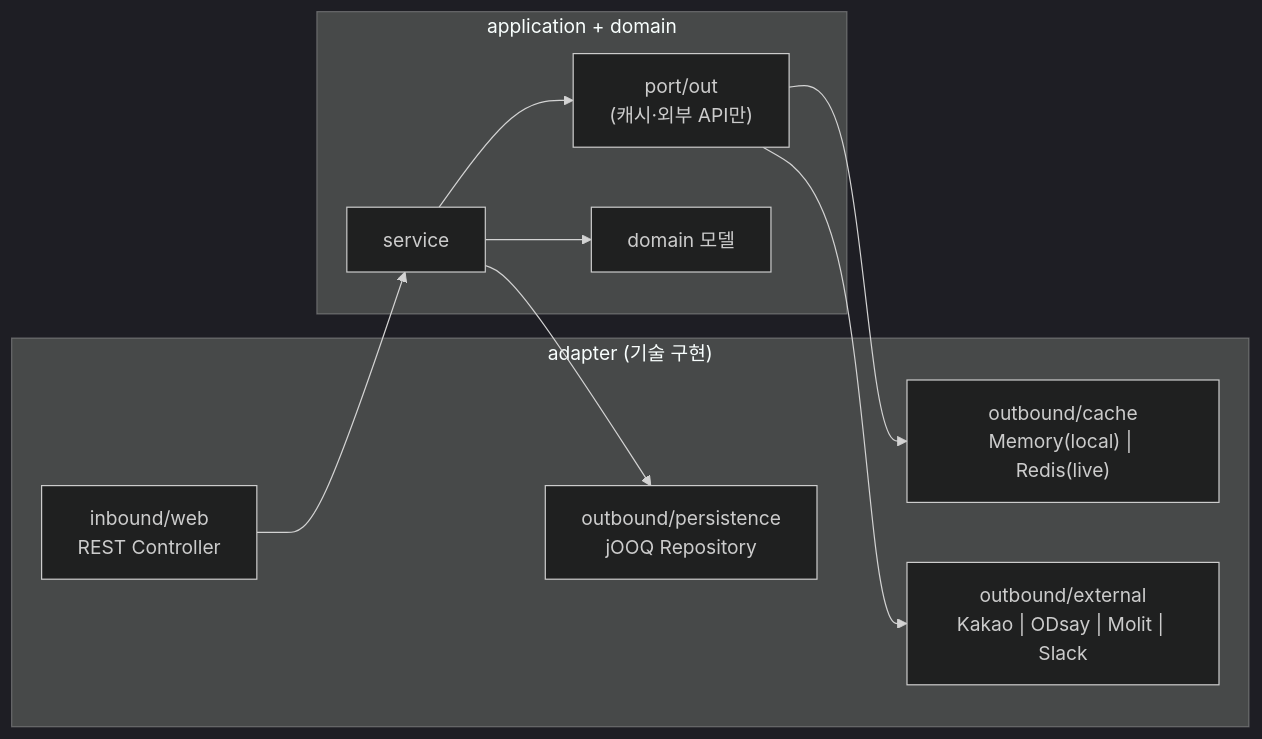
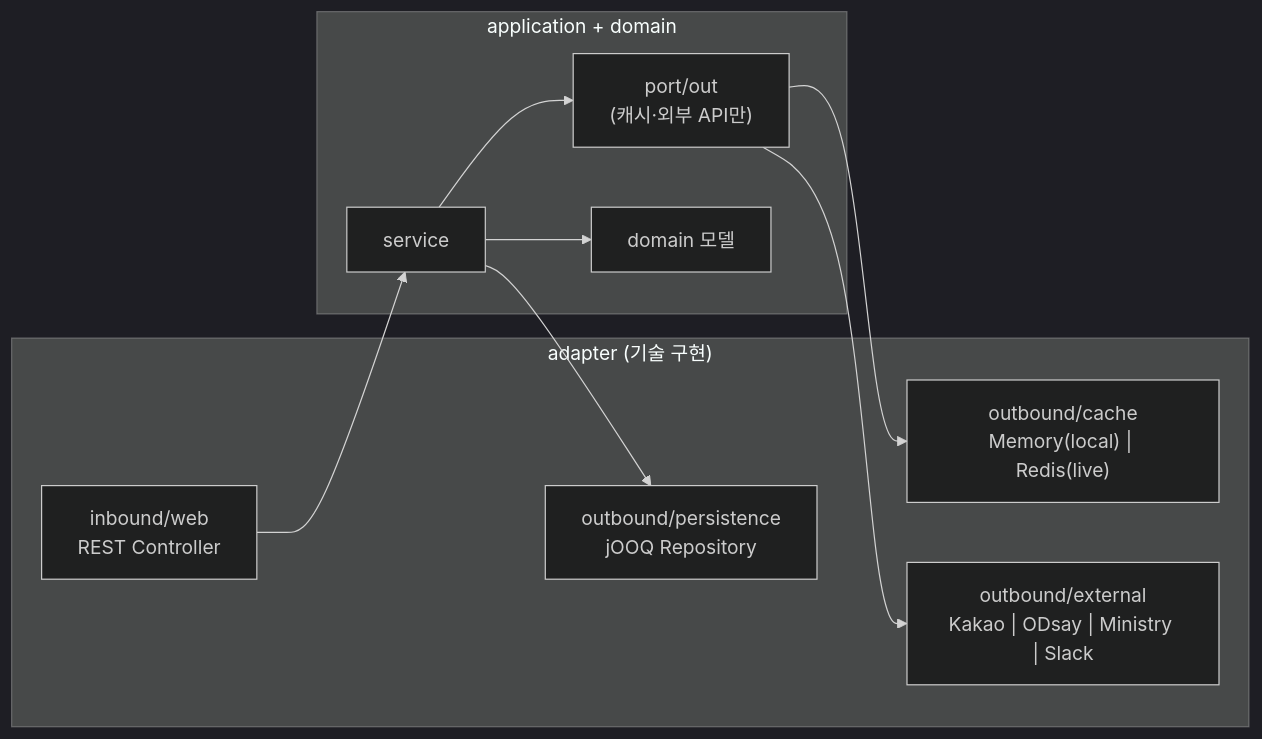
One commit to lyvius2/halley changed the second of 14 diagrams in docs/DESIGN.md. Above: the diagram before and after it, drawn with Mermaid (dark theme). The commit also changed other lines of this file and 19 other files, not shown here.

Commit message:
국토부 실거래가 참고 카드 구현 + Molit→Ministry 네이밍 변경

````diff
--- a/docs/DESIGN.md
+++ b/docs/DESIGN.md
@@ -147,20 +147,20 @@
 ```mermaid
 graph LR
     subgraph Adapter["adapter (기술 구현)"]
         Web["inbound/web<br/>REST Controller"]
         Persistence["outbound/persistence<br/>jOOQ Repository"]
         Cache["outbound/cache<br/>Memory(local) | Redis(live)"]
-        Ext["outbound/external<br/>Kakao | ODsay | Molit | Slack"]
+        Ext["outbound/external<br/>Kakao | ODsay | Ministry | Slack"]
     end
     subgraph Core["application + domain"]
         Svc["service"]
         PortOut["port/out<br/>(캐시·외부 API만)"]
         Dom["domain 모델"]
     end
     Web --> Svc
     Svc --> Persistence
     Svc --> PortOut
     PortOut --> Cache
     PortOut --> Ext
     Svc --> Dom
 ```
````
